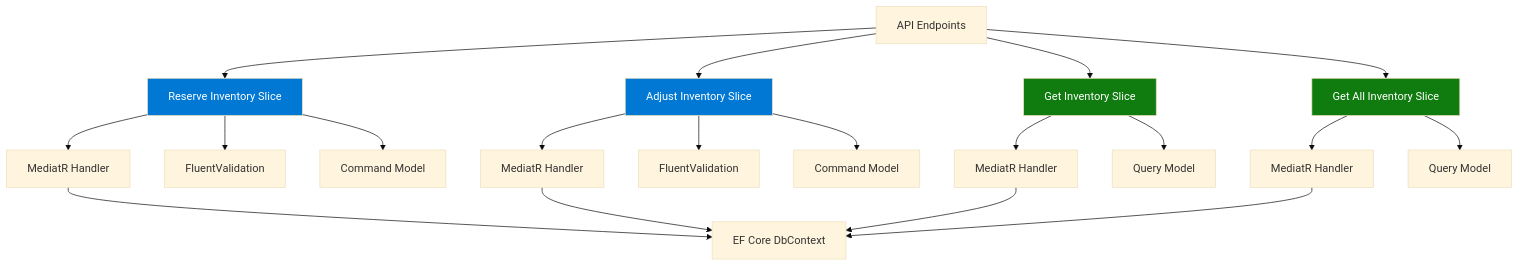
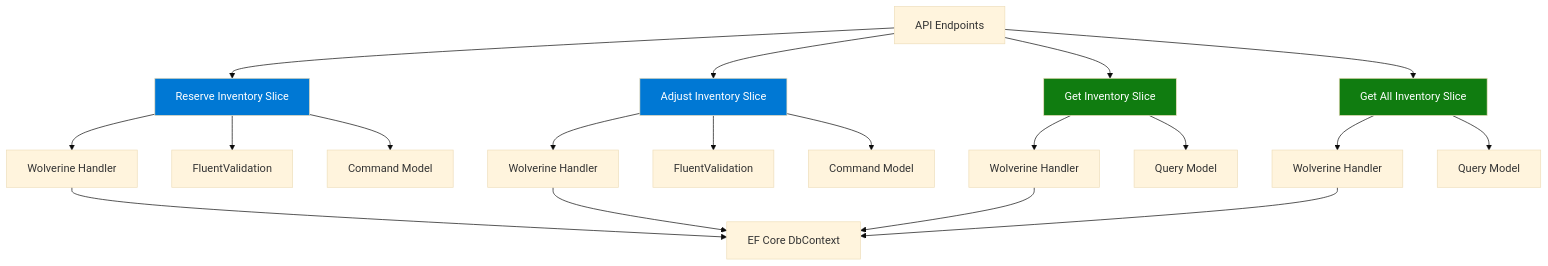
One commit to joriente/microservices changed the second of 4 diagrams in docs/Services/InventoryService.md. Above: the diagram before and after it, drawn with Mermaid (base theme). The commit also changed other lines of this file and 87 other files, not shown here.

````diff
--- a/docs/Services/InventoryService.md
+++ b/docs/Services/InventoryService.md
@@ -39,31 +39,31 @@
 ```mermaid
 graph TD
     API[API Endpoints] --> Feature1[Reserve Inventory Slice]
     API --> Feature2[Adjust Inventory Slice]
     API --> Feature3[Get Inventory Slice]
     API --> Feature4[Get All Inventory Slice]
     
-    Feature1 --> Handler1[MediatR Handler]
+    Feature1 --> Handler1[Wolverine Handler]
     Feature1 --> Validator1[FluentValidation]
     Feature1 --> Command1[Command Model]
     
-    Feature2 --> Handler2[MediatR Handler]
+    Feature2 --> Handler2[Wolverine Handler]
     Feature2 --> Validator2[FluentValidation]
     Feature2 --> Command2[Command Model]
     
-    Feature3 --> Handler3[MediatR Handler]
+    Feature3 --> Handler3[Wolverine Handler]
     Feature3 --> Query3[Query Model]
     
-    Feature4 --> Handler4[MediatR Handler]
+    Feature4 --> Handler4[Wolverine Handler]
     Feature4 --> Query4[Query Model]
     
     Handler1 --> EF[EF Core DbContext]
     Handler2 --> EF
     Handler3 --> EF
     Handler4 --> EF
     
     style Feature1 fill:#0078d4,color:#fff
     style Feature2 fill:#0078d4,color:#fff
     style Feature3 fill:#107c10,color:#fff
     style Feature4 fill:#107c10,color:#fff
 ```
````
